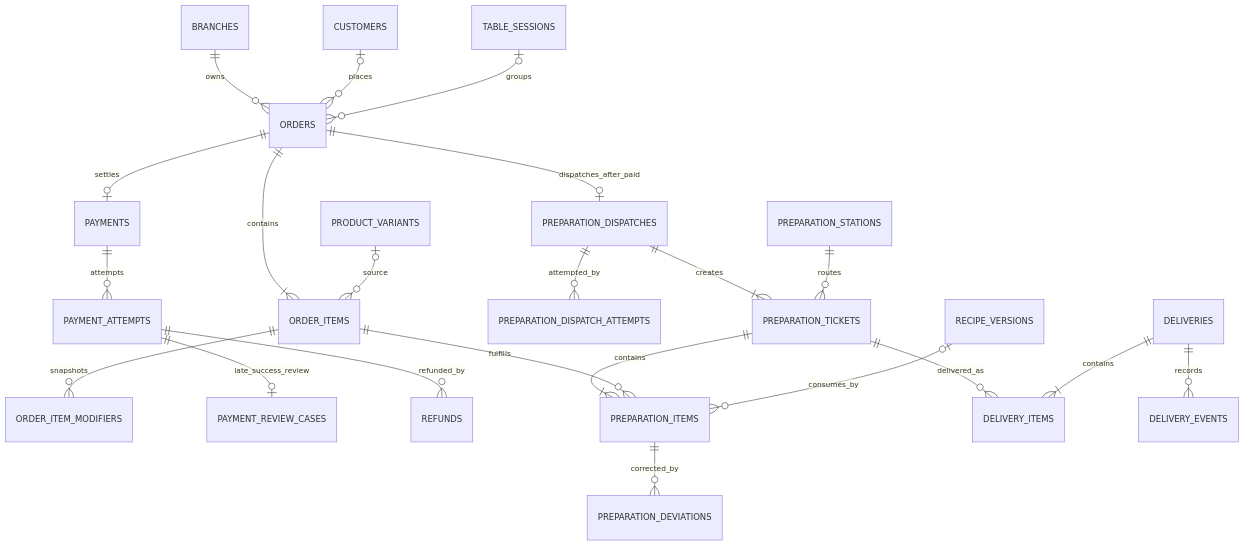
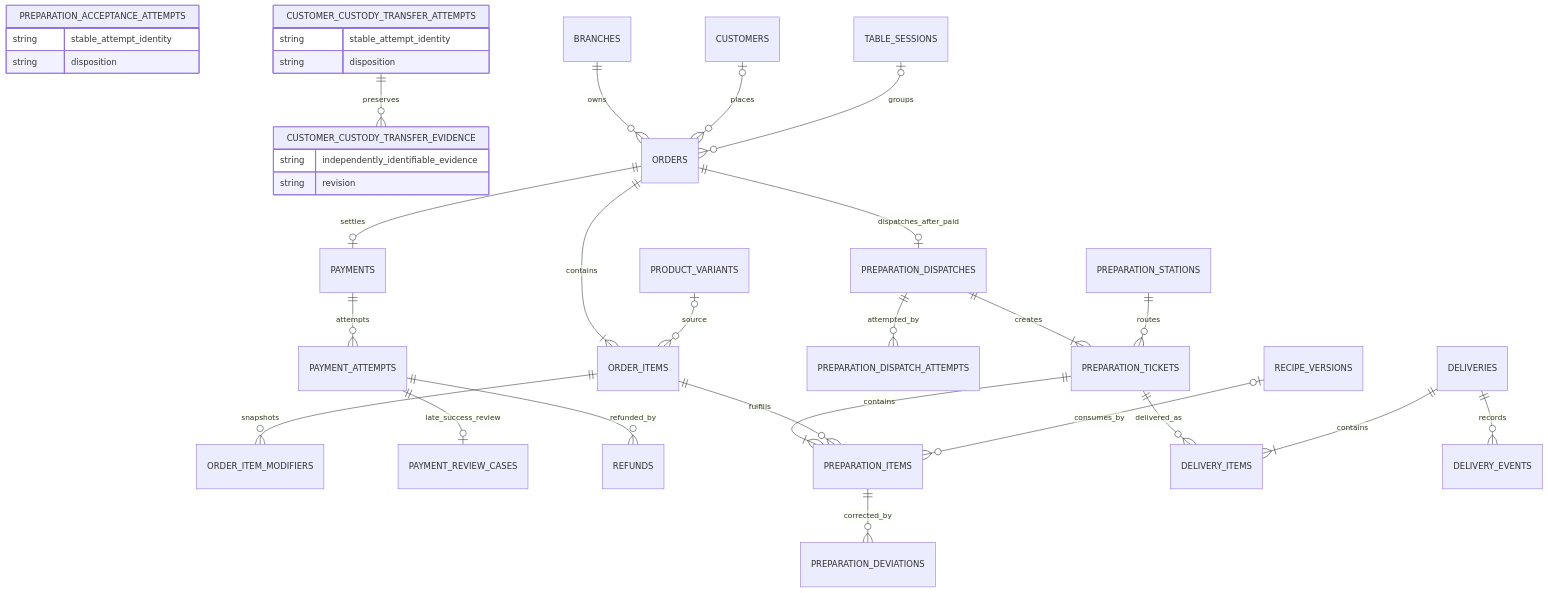
The fifth of 8 diagrams in docs/architecture/after_four_erd.md (dtvip195/after_four), drawn with Mermaid before and after one commit. The commit also changed other lines of this file and 3 other files, not shown here.

````diff
--- a/docs/architecture/after_four_erd.md
+++ b/docs/architecture/after_four_erd.md
@@ -222,24 +222,37 @@
 ```mermaid
 erDiagram
+  PREPARATION_ACCEPTANCE_ATTEMPTS {
+    string stable_attempt_identity
+    string disposition
+  }
+  CUSTOMER_CUSTODY_TRANSFER_ATTEMPTS {
+    string stable_attempt_identity
+    string disposition
+  }
+  CUSTOMER_CUSTODY_TRANSFER_EVIDENCE {
+    string independently_identifiable_evidence
+    string revision
+  }
   BRANCHES ||--o{ ORDERS : owns
   CUSTOMERS o|--o{ ORDERS : places
   TABLE_SESSIONS o|--o{ ORDERS : groups
   ORDERS ||--|{ ORDER_ITEMS : contains
   PRODUCT_VARIANTS o|--o{ ORDER_ITEMS : source
   ORDER_ITEMS ||--o{ ORDER_ITEM_MODIFIERS : snapshots
   ORDERS ||--o| PAYMENTS : settles
   PAYMENTS ||--o{ PAYMENT_ATTEMPTS : attempts
   PAYMENT_ATTEMPTS ||--o| PAYMENT_REVIEW_CASES : late_success_review
   PAYMENT_ATTEMPTS ||--o{ REFUNDS : refunded_by
   ORDERS ||--o| PREPARATION_DISPATCHES : dispatches_after_paid
   PREPARATION_DISPATCHES ||--o{ PREPARATION_DISPATCH_ATTEMPTS : attempted_by
+  CUSTOMER_CUSTODY_TRANSFER_ATTEMPTS ||--o{ CUSTOMER_CUSTODY_TRANSFER_EVIDENCE : preserves
   PREPARATION_DISPATCHES ||--|{ PREPARATION_TICKETS : creates
   PREPARATION_STATIONS ||--o{ PREPARATION_TICKETS : routes
   PREPARATION_TICKETS ||--|{ PREPARATION_ITEMS : contains
   ORDER_ITEMS ||--o{ PREPARATION_ITEMS : fulfills
   RECIPE_VERSIONS o|--o{ PREPARATION_ITEMS : consumes_by
   PREPARATION_ITEMS ||--o{ PREPARATION_DEVIATIONS : corrected_by
   PREPARATION_TICKETS ||--o{ DELIVERY_ITEMS : delivered_as
   DELIVERIES ||--|{ DELIVERY_ITEMS : contains
   DELIVERIES ||--o{ DELIVERY_EVENTS : records
 ```
````
